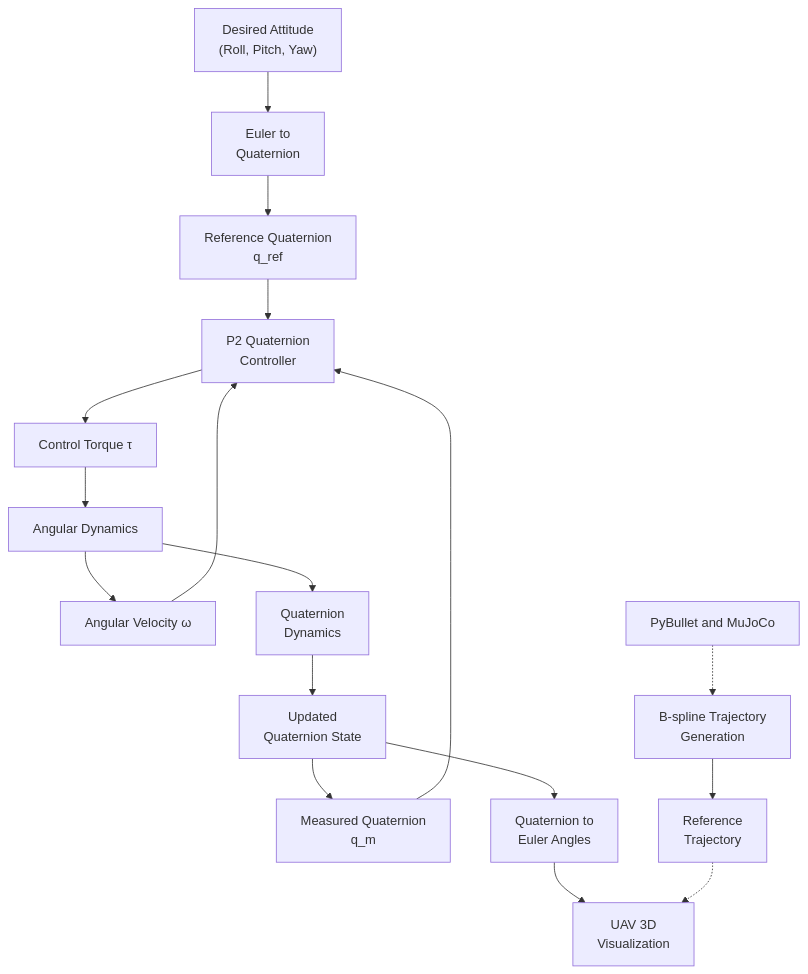
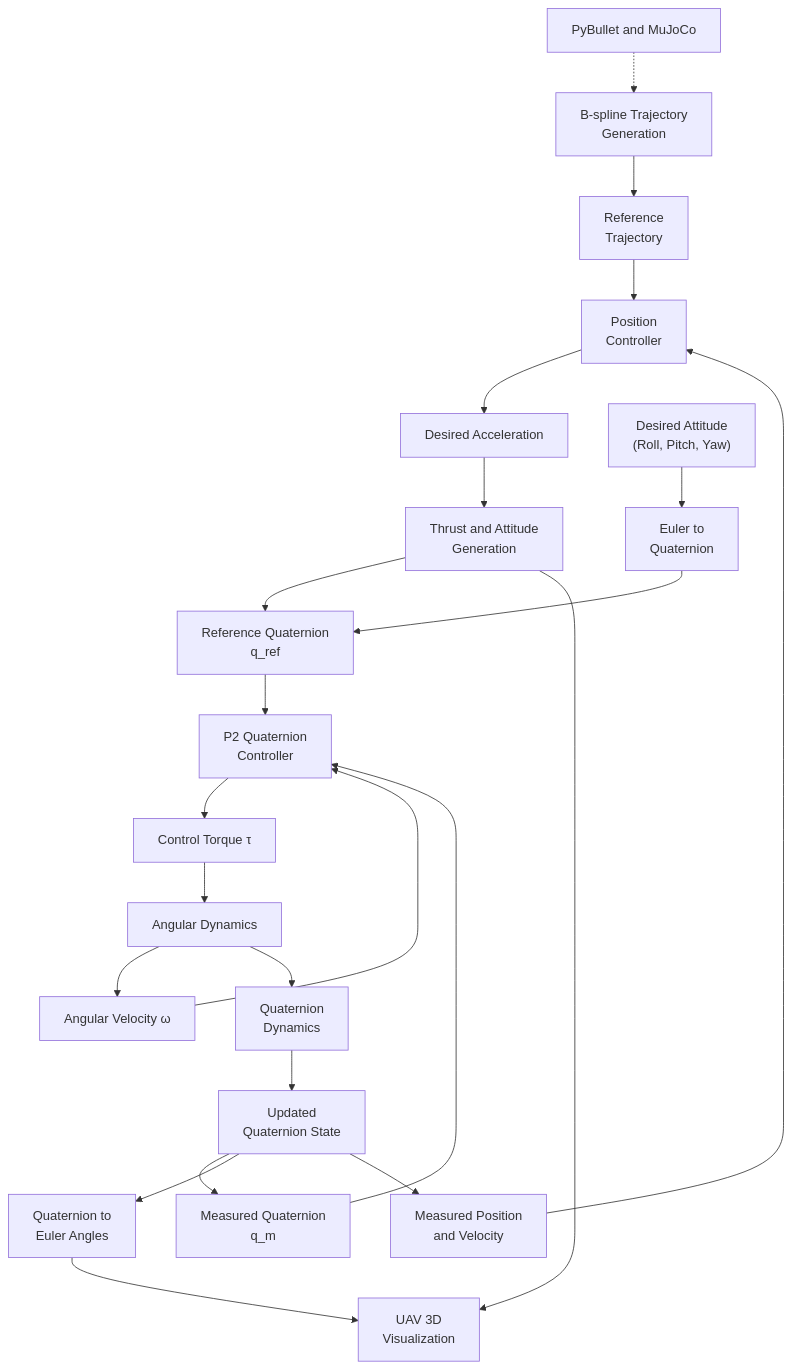
The diagram in README.md (NamburiRupesh/Drones_S5_CD5_UAV_Attitude_Control_Quaternion), drawn with Mermaid before and after one commit.

Commit message:
updated the mermaid flow diagram

````diff
--- a/README.md
+++ b/README.md
@@ -353,23 +353,31 @@
 ```mermaid
+
 %%{init: {"flowchart": {"htmlLabels": false, "nodeSpacing": 50, "rankSpacing": 50, "padding": 15}, "themeVariables": {"fontFamily": "Arial, sans-serif"}}}%%
 flowchart TD
+    M["B-spline Trajectory<br/>Generation"] --> N["Reference<br/>Trajectory"]
+    N --> P["Position<br/>Controller"]
+    O["PyBullet and MuJoCo"] -.-> M
+    Q["Measured Position<br/>and Velocity"] --> P
+    P --> R["Desired Acceleration"]
+    R --> S["Thrust and Attitude<br/>Generation"]
+    S --> C["Reference Quaternion<br/>q_ref"]
+
     A["Desired Attitude<br/>(Roll, Pitch, Yaw)"] --> B["Euler to<br/>Quaternion"]
-    B --> C["Reference Quaternion<br/>q_ref"]
+    B --> C
 
     C --> E["P2 Quaternion<br/>Controller"]
     D["Measured Quaternion<br/>q_m"] --> E
     F["Angular Velocity ω"] --> E
 
     E --> G["Control Torque τ"]
     G --> H["Angular Dynamics"]
     H --> F
     H --> I["Quaternion<br/>Dynamics"]
     I --> J["Updated<br/>Quaternion State"]
     J --> D
     J --> K["Quaternion to<br/>Euler Angles"]
     K --> L["UAV 3D<br/>Visualization"]
+    J --> Q
+    S --> L
 
-    M["B-spline Trajectory<br/>Generation"] --> N["Reference<br/>Trajectory"]
-    N -.-> L
-    O["PyBullet and MuJoCo"] -.-> M
 ```
````
